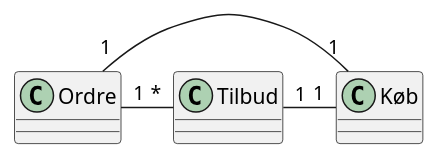
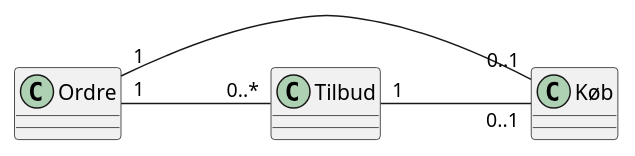
The diagram in documentation/order_process.puml (Thomas-Rosenkrans-Vestergaard/fog), drawn with PlantUML before and after one commit.

Commit message:
fixed relations in order_process.puml

```diff
--- a/documentation/order_process.puml
+++ b/documentation/order_process.puml
@@ -1,11 +1,13 @@
 @startuml
 
 class Ordre
 class Tilbud
 class Køb
 
-Ordre "1" -right- "*" Tilbud
-Tilbud "1" -right- "1" Køb
-Ordre "1" -right- "1" Køb
+skinparam nodesep 100
+
+Ordre "1" -right- "0..*" Tilbud
+Tilbud "1" -right- "0..1" Køb
+Ordre "1" -right- "0..1" Køb
 
 @enduml
```
